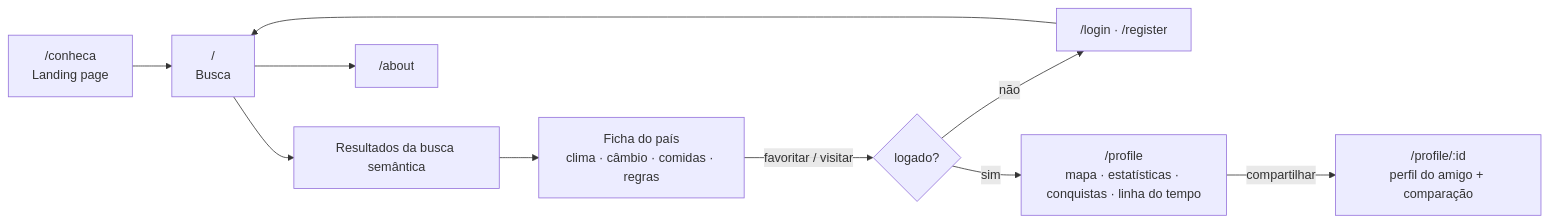
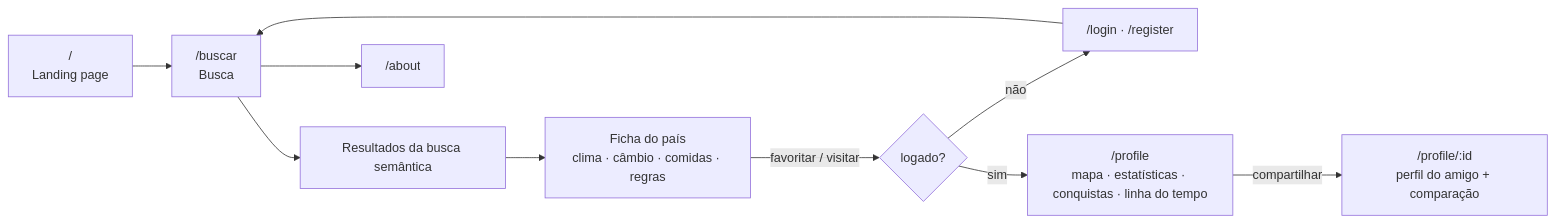
The seventh of 7 diagrams in docs/diagramas.md (paulahaas/EasyTrip), drawn with Mermaid before and after one commit. The commit also changed 9 other files, not shown here.

First line of the commit message:
feat(frontend): landing page vira a tela inicial

````diff
--- a/docs/diagramas.md
+++ b/docs/diagramas.md
@@ -255,12 +255,12 @@
 ```mermaid
 flowchart LR
-  L["/conheca<br/>Landing page"] --> H["/<br/>Busca"]
+  L["/<br/>Landing page"] --> H["/buscar<br/>Busca"]
   H --> R["Resultados da busca semântica"]
   R --> D["Ficha do país<br/>clima · câmbio · comidas · regras"]
   D -->|favoritar / visitar| LG{logado?}
   LG -- não --> LOGIN["/login · /register"]
   LG -- sim --> PF["/profile<br/>mapa · estatísticas · conquistas · linha do tempo"]
   LOGIN --> H
   PF -->|compartilhar| PP["/profile/:id<br/>perfil do amigo + comparação"]
   H --> AB["/about"]
 ```
````
